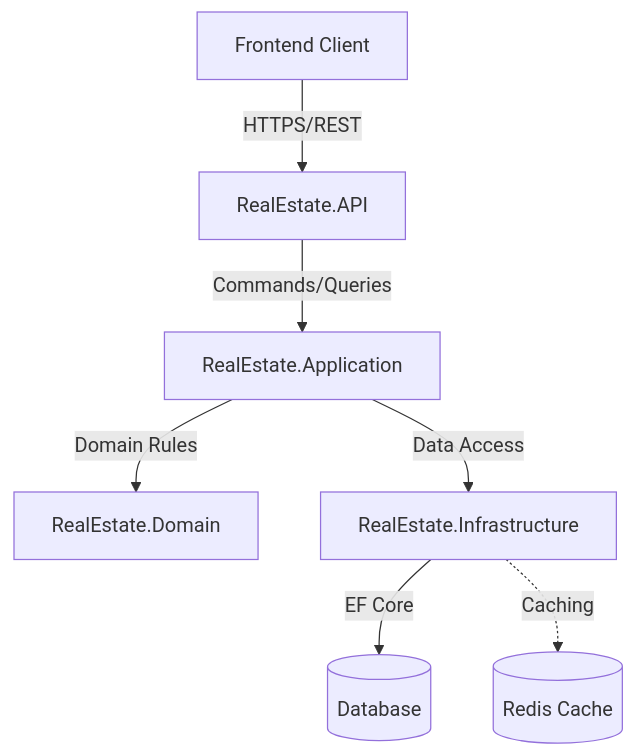
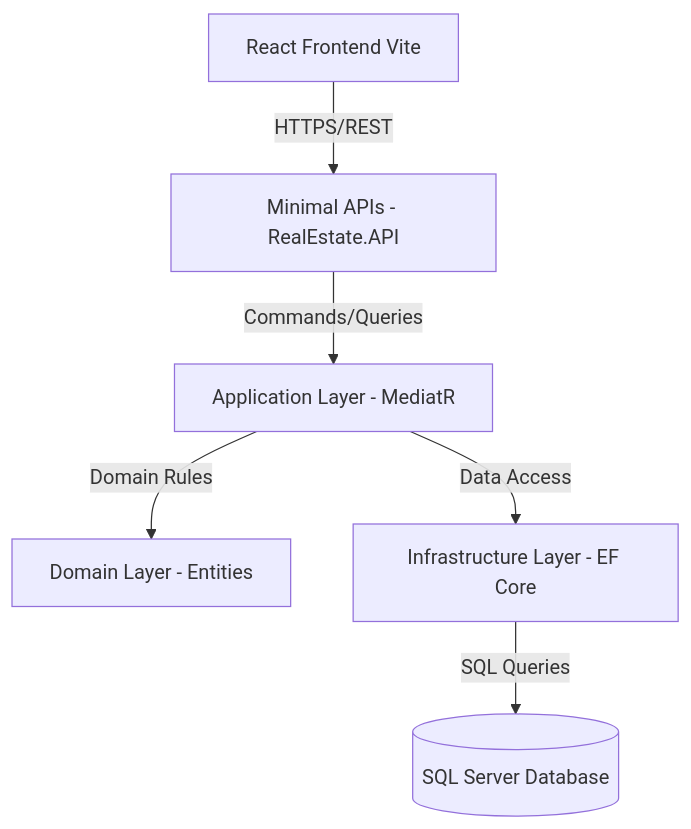
The first of 2 diagrams in Technical_Documentation.md (itsvikaskumardev/Real-Estate-Management-System-), drawn with Mermaid before and after one commit. The commit also changed other lines of this file and 10 other files, not shown here.

````diff
--- a/Technical_Documentation.md
+++ b/Technical_Documentation.md
@@ -168,9 +143,8 @@
 ```mermaid
 graph TD
-    Client[Frontend Client] -->|HTTPS/REST| API[RealEstate.API]
-    API -->|Commands/Queries| App[RealEstate.Application]
-    App -->|Domain Rules| Domain[RealEstate.Domain]
-    App -->|Data Access| Infra[RealEstate.Infrastructure]
-    Infra -->|EF Core| DB[(Database)]
-    Infra -.->|Caching| Redis[(Redis Cache)]
+    Client[React Frontend Vite] -->|HTTPS/REST| API[Minimal APIs - RealEstate.API]
+    API -->|Commands/Queries| App[Application Layer - MediatR]
+    App -->|Domain Rules| Domain[Domain Layer - Entities]
+    App -->|Data Access| Infra[Infrastructure Layer - EF Core]
+    Infra -->|SQL Queries| DB[(SQL Server Database)]
 ```
````
